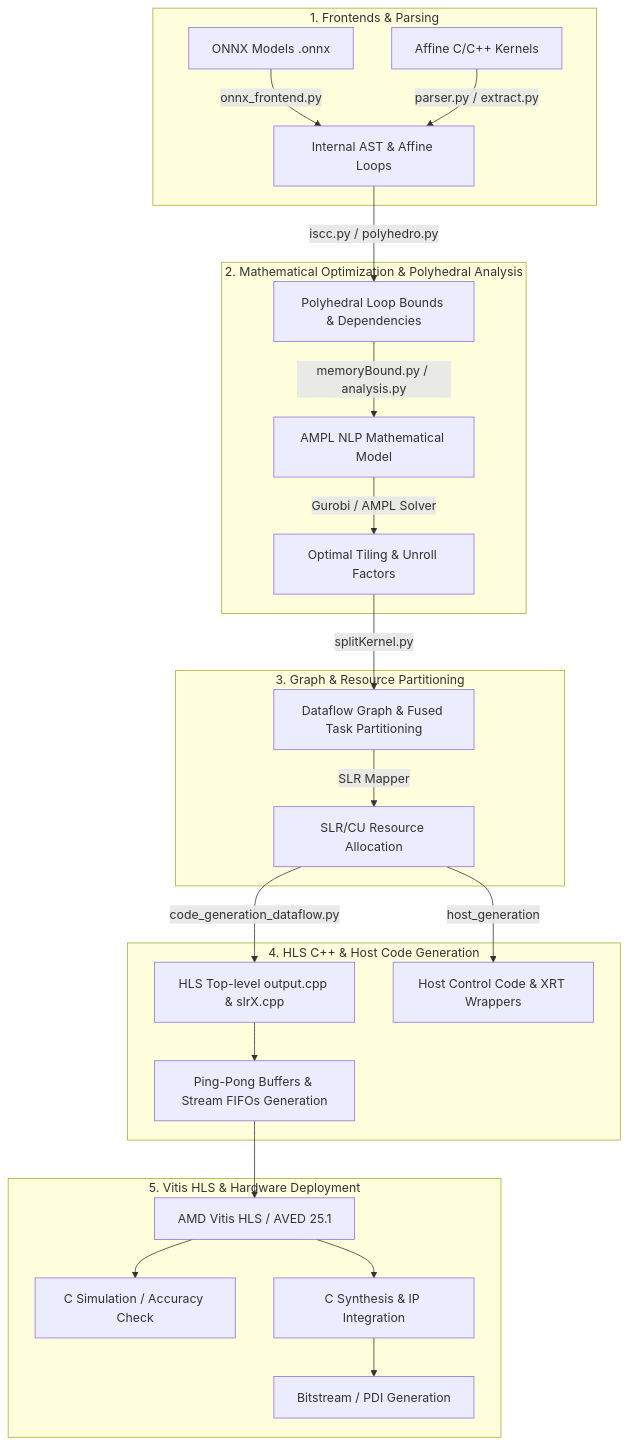
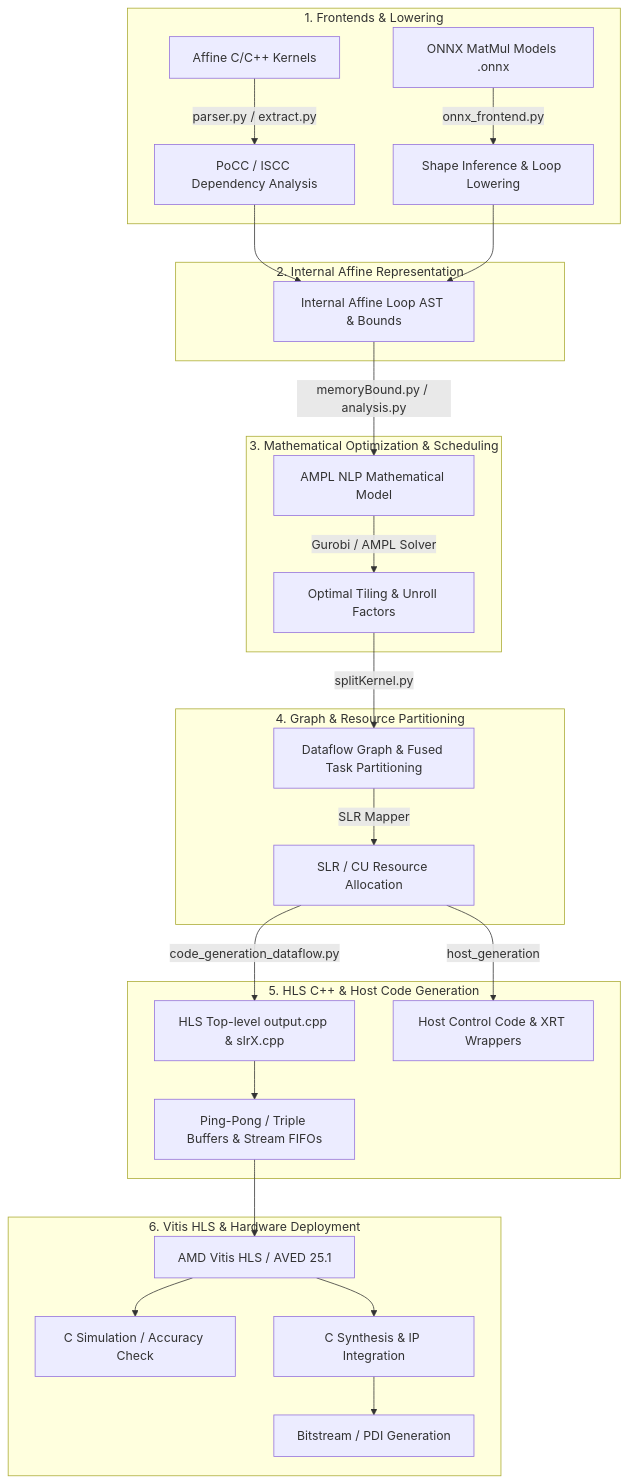
One commit to lockezhan/AutoHLS_Flow changed the diagram in README.md. Above: the diagram before and after it, drawn with Mermaid. The commit also changed other lines of this file and 3 other files, not shown here.

````diff
--- a/README.md
+++ b/README.md
@@ -11,31 +11,35 @@
 ```mermaid
 flowchart TD
-    subgraph Input ["1. Frontends & Parsing"]
-        A1[ONNX Models .onnx] -->|onnx_frontend.py| AST[Internal AST & Affine Loops]
-        A2[Affine C/C++ Kernels] -->|parser.py / extract.py| AST
+    subgraph Frontends ["1. Frontends & Lowering"]
+        A1[Affine C/C++ Kernels] -->|parser.py / extract.py| PoCC[PoCC / ISCC Dependency Analysis]
+        A2[ONNX MatMul Models .onnx] -->|onnx_frontend.py| Lower[Shape Inference & Loop Lowering]
     end
 
-    subgraph Optimization ["2. Mathematical Optimization & Polyhedral Analysis"]
-        AST -->|iscc.py / polyhedro.py| Poly[Polyhedral Loop Bounds & Dependencies]
-        Poly -->|memoryBound.py / analysis.py| NLP[AMPL NLP Mathematical Model]
+    subgraph IR ["2. Internal Affine Representation"]
+        PoCC --> IR_AST[Internal Affine Loop AST & Bounds]
+        Lower --> IR_AST
+    end
+
+    subgraph Optimization ["3. Mathematical Optimization & Scheduling"]
+        IR_AST -->|memoryBound.py / analysis.py| NLP[AMPL NLP Mathematical Model]
         NLP -->|Gurobi / AMPL Solver| Sol[Optimal Tiling & Unroll Factors]
     end
 
-    subgraph Partitioning ["3. Graph & Resource Partitioning"]
+    subgraph Partitioning ["4. Graph & Resource Partitioning"]
         Sol -->|splitKernel.py| Dataflow[Dataflow Graph & Fused Task Partitioning]
-        Dataflow -->|SLR Mapper| SLR[SLR/CU Resource Allocation]
+        Dataflow -->|SLR Mapper| SLR[SLR / CU Resource Allocation]
     end
 
-    subgraph CodeGen ["4. HLS C++ & Host Code Generation"]
+    subgraph CodeGen ["5. HLS C++ & Host Code Generation"]
         SLR -->|code_generation_dataflow.py| HLS[HLS Top-level output.cpp & slrX.cpp]
         SLR -->|host_generation| Host[Host Control Code & XRT Wrappers]
-        HLS --> PingPong[Ping-Pong Buffers & Stream FIFOs Generation]
+        HLS --> Buffers[Ping-Pong / Triple Buffers & Stream FIFOs]
     end
 
-    subgraph Synthesis ["5. Vitis HLS & Hardware Deployment"]
-        PingPong --> Vitis[AMD Vitis HLS / AVED 25.1]
+    subgraph Synthesis ["6. Vitis HLS & Hardware Deployment"]
+        Buffers --> Vitis[AMD Vitis HLS / AVED 25.1]
         Vitis --> CSIM[C Simulation / Accuracy Check]
         Vitis --> Synth[C Synthesis & IP Integration]
         Synth --> PDI[Bitstream / PDI Generation]
     end
 ```
````
